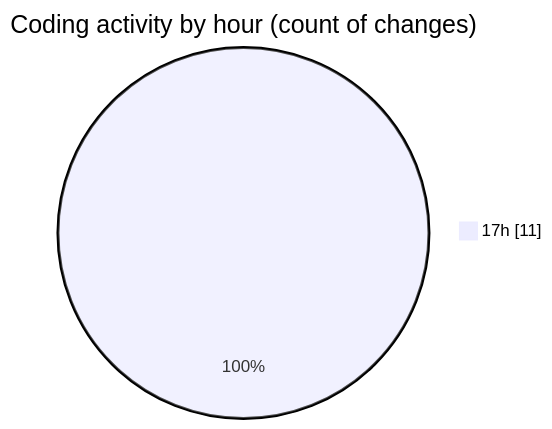
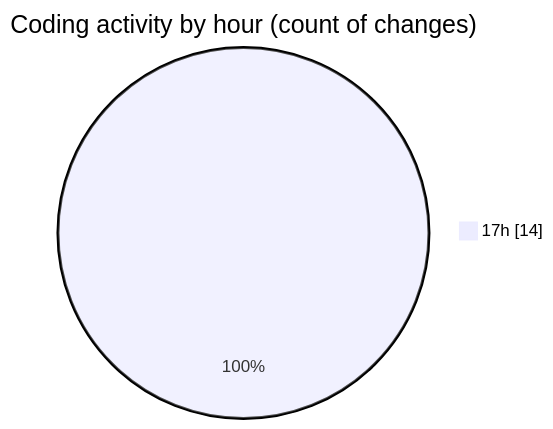
The second of 2 diagrams in 2025-12-21/technologie_web/README.md (hasnaa123/code-tracking), drawn with Mermaid before and after one commit. The commit also changed other lines of this file and 1 other file, not shown here.

````diff
--- a/2025-12-21/technologie_web/README.md
+++ b/2025-12-21/technologie_web/README.md
@@ -30,5 +30,5 @@
 ```mermaid
 pie showData
 title Coding activity by hour (count of changes)
-"17h" : 11
+"17h" : 14
 ```
````
